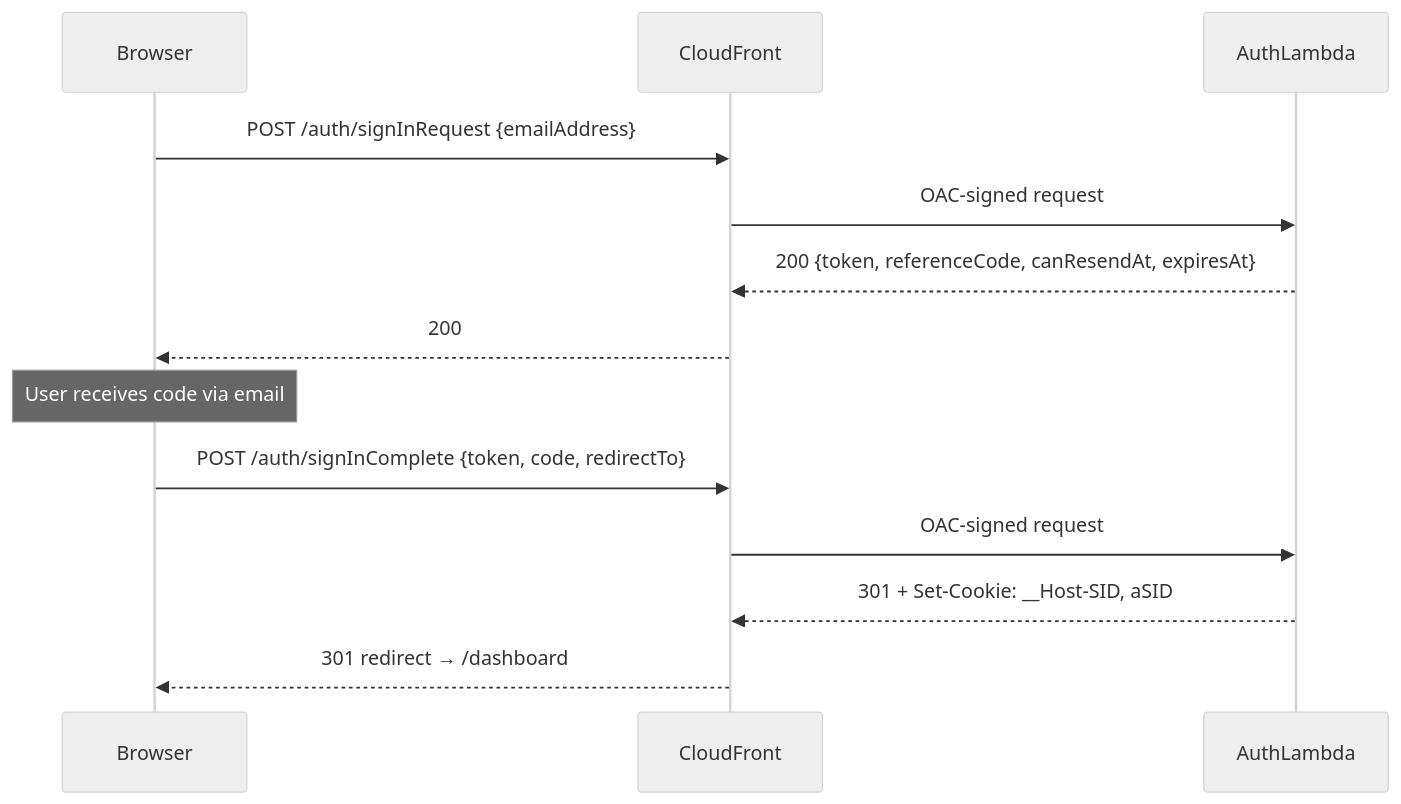
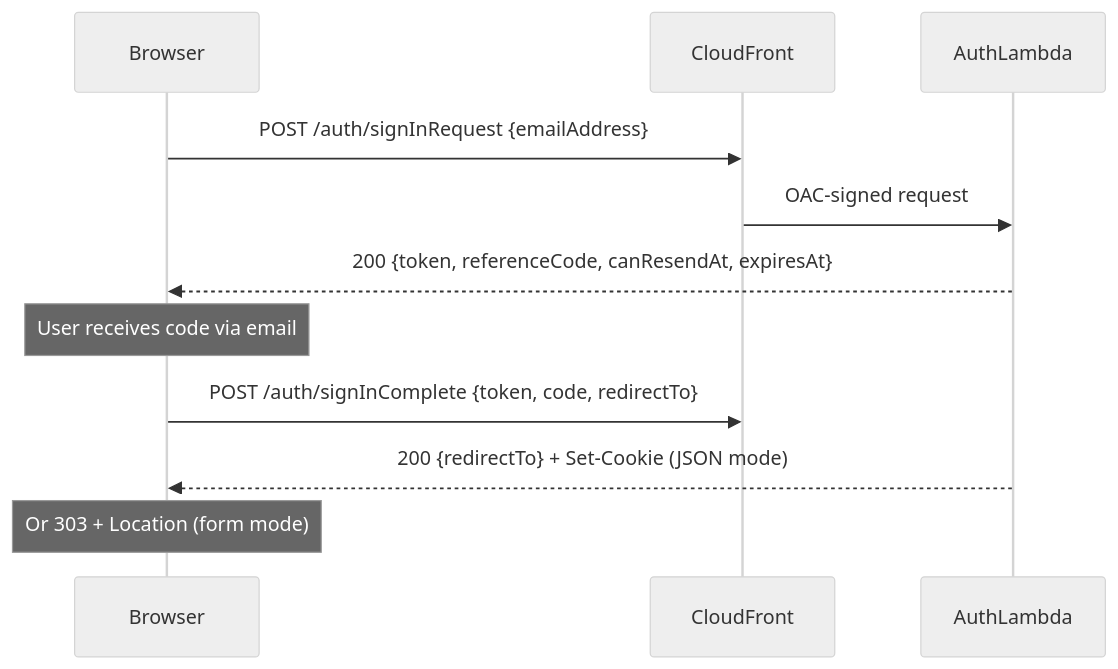
The diagram in packages/service-auth/README.md (BeeSolve/packages), drawn with Mermaid (neutral theme) before and after one commit. The commit also changed other lines of this file and 36 other files, not shown here.

Commit message:
feat(service-auth): dual-mode request/response, docs refresh across packages

````diff
--- a/packages/service-auth/README.md
+++ b/packages/service-auth/README.md
@@ -111,18 +152,16 @@
 ```mermaid
 sequenceDiagram
     participant Browser
     participant CloudFront
     participant AuthLambda
 
     Browser->>CloudFront: POST /auth/signInRequest {emailAddress}
     CloudFront->>AuthLambda: OAC-signed request
-    AuthLambda-->>CloudFront: 200 {token, referenceCode, canResendAt, expiresAt}
-    CloudFront-->>Browser: 200
+    AuthLambda-->>Browser: 200 {token, referenceCode, canResendAt, expiresAt}
 
     Note over Browser: User receives code via email
 
     Browser->>CloudFront: POST /auth/signInComplete {token, code, redirectTo}
-    CloudFront->>AuthLambda: OAC-signed request
-    AuthLambda-->>CloudFront: 301 + Set-Cookie: __Host-SID, aSID
-    CloudFront-->>Browser: 301 redirect → /dashboard
+    AuthLambda-->>Browser: 200 {redirectTo} + Set-Cookie (JSON mode)
+    Note over Browser: Or 303 + Location (form mode)
 ```
````
